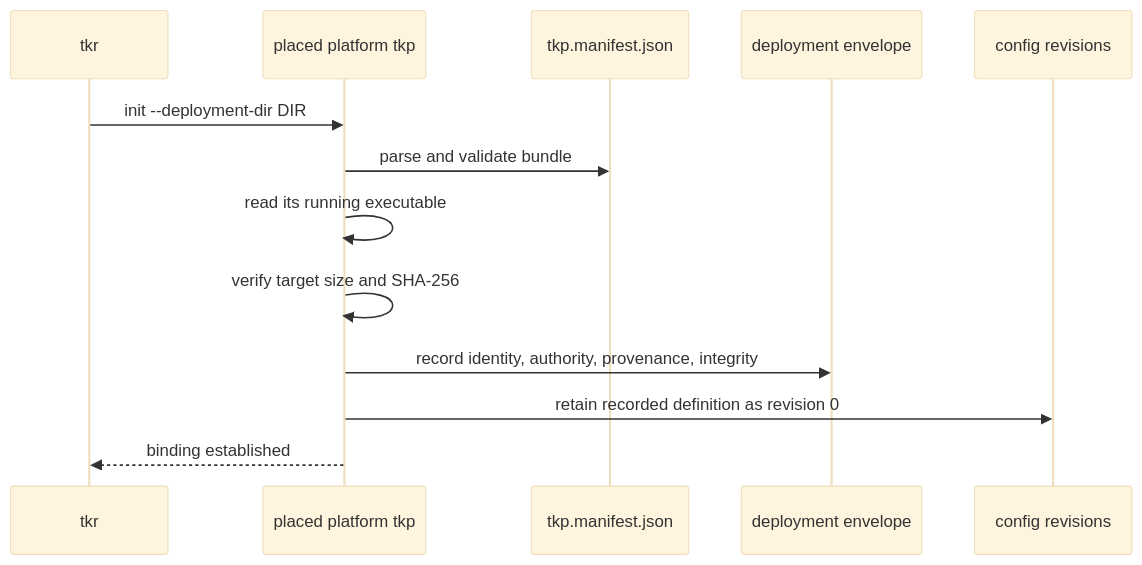
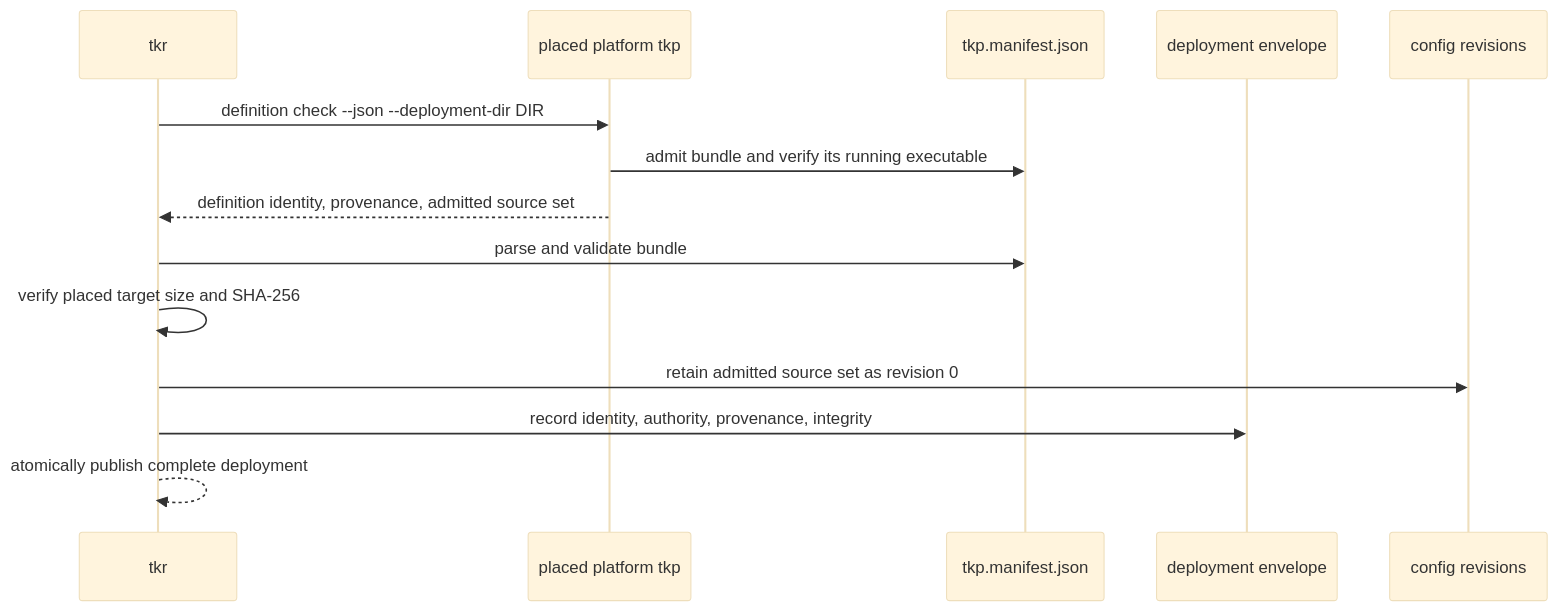
Before and after one commit to tokeira/tokeira: the second of 6 diagrams in docs/provisioning/tkr-and-tkp.md, drawn with Mermaid (base theme). The commit also changed other lines of this file and 39 other files, not shown here.

````diff
--- a/docs/provisioning/tkr-and-tkp.md
+++ b/docs/provisioning/tkr-and-tkp.md
@@ -175,16 +174,17 @@
 ```mermaid
 sequenceDiagram
     participant TKR as tkr
     participant TKP as placed platform tkp
     participant Sidecar as tkp.manifest.json
     participant Envelope as deployment envelope
     participant History as config revisions
 
-    TKR->>TKP: init --deployment-dir DIR
-    TKP->>Sidecar: parse and validate bundle
-    TKP->>TKP: read its running executable
-    TKP->>TKP: verify target size and SHA-256
-    TKP->>Envelope: record identity, authority, provenance, integrity
-    TKP->>History: retain recorded definition as revision 0
-    TKP-->>TKR: binding established
+    TKR->>TKP: definition check --json --deployment-dir DIR
+    TKP->>Sidecar: admit bundle and verify its running executable
+    TKP-->>TKR: definition identity, provenance, admitted source set
+    TKR->>Sidecar: parse and validate bundle
+    TKR->>TKR: verify placed target size and SHA-256
+    TKR->>History: retain admitted source set as revision 0
+    TKR->>Envelope: record identity, authority, provenance, integrity
+    TKR-->>TKR: atomically publish complete deployment
 ```
````
